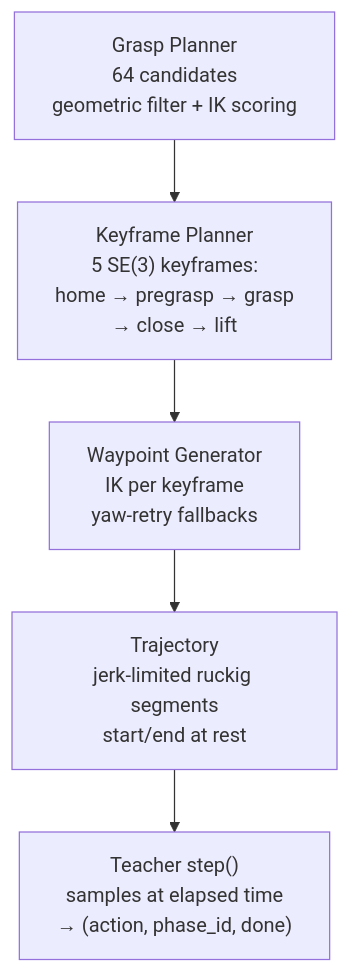
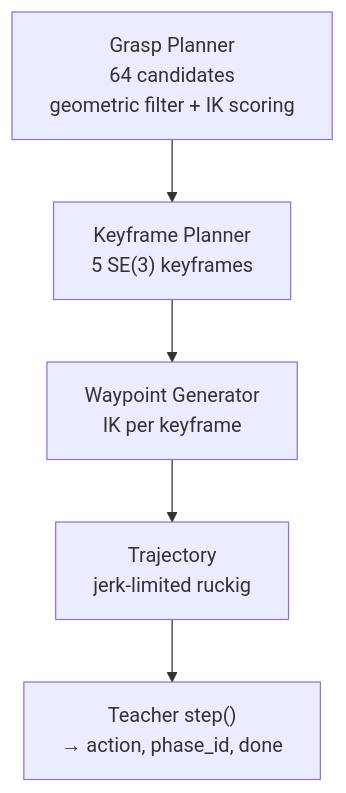
One commit to andrei-ace/HALO changed the fifth of 9 diagrams in docs/halo_architecture.md. Above: the diagram before and after it, drawn with Mermaid. The commit also changed other lines of this file and 2 other files, not shown here.

First line of the commit message:
docs: fix mermaid line breaks, update context transfer docs, lead with Live Agent

````diff
--- a/docs/halo_architecture.md
+++ b/docs/halo_architecture.md
@@ -143,7 +143,7 @@
 ```mermaid
 flowchart TB
-    GP["Grasp Planner\n64 candidates\ngeometric filter + IK scoring"] --> KP["Keyframe Planner\n5 SE(3) keyframes:\nhome → pregrasp → grasp\n→ close → lift"]
-    KP --> WG["Waypoint Generator\nIK per keyframe\nyaw-retry fallbacks"]
-    WG --> TJ["Trajectory\njerk-limited ruckig segments\nstart/end at rest"]
-    TJ --> PT["Teacher step()\nsamples at elapsed time\n→ (action, phase_id, done)"]
+    GP["Grasp Planner<br/>64 candidates<br/>geometric filter + IK scoring"] --> KP["Keyframe Planner<br/>5 SE(3) keyframes"]
+    KP --> WG["Waypoint Generator<br/>IK per keyframe"]
+    WG --> TJ["Trajectory<br/>jerk-limited ruckig"]
+    TJ --> PT["Teacher step()<br/>→ action, phase_id, done"]
 ```
````
